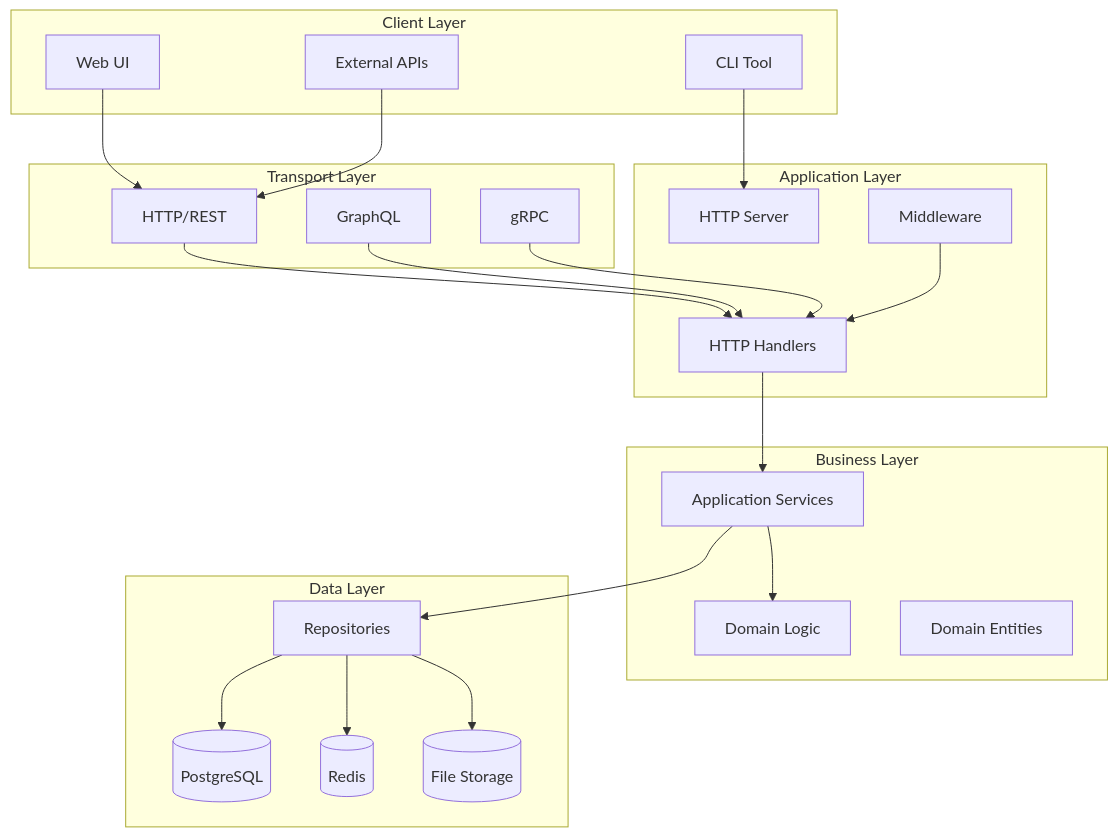
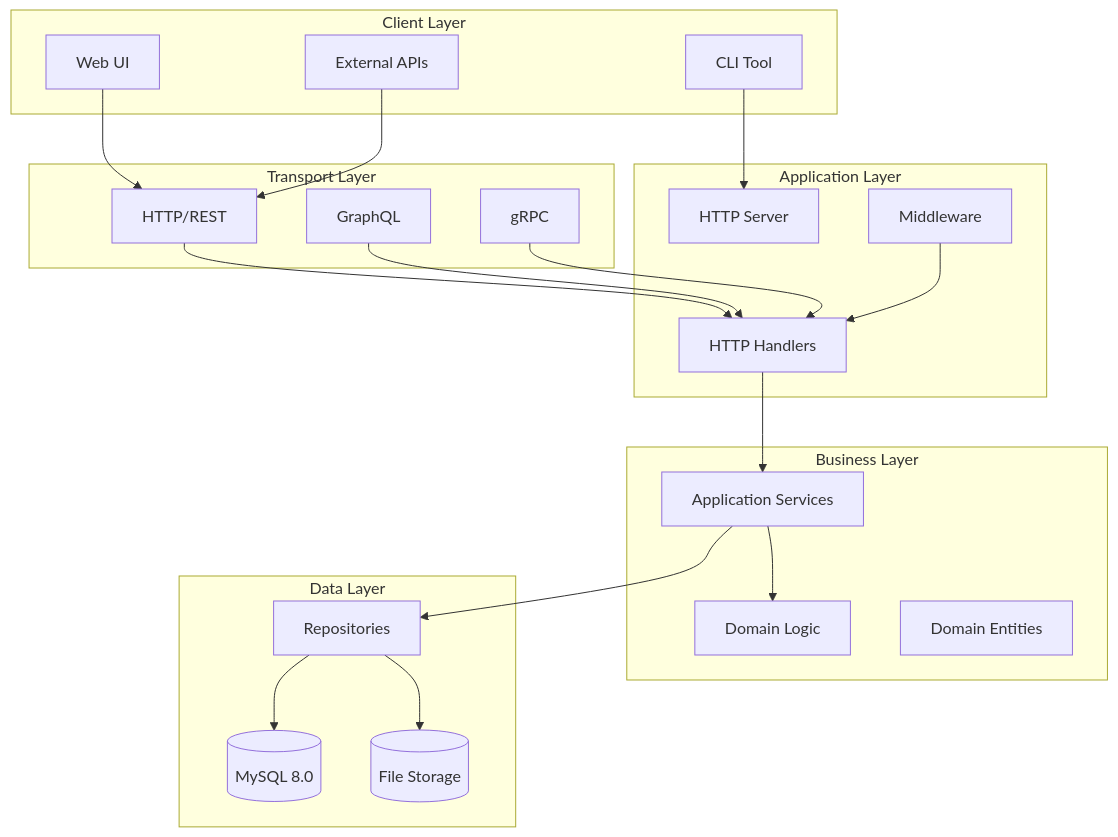
One commit to tecmx/sarc-ng changed the first of 3 diagrams in docs/content/architecture.md. Above: the diagram before and after it, drawn with Mermaid. The commit also changed other lines of this file and 22 other files, not shown here.

````diff
--- a/docs/content/architecture.md
+++ b/docs/content/architecture.md
@@ -15,51 +15,49 @@
 ```mermaid
 graph TB
     subgraph "Client Layer"
         Web[Web UI]
         CLI[CLI Tool]
         API[External APIs]
     end
-    
+
     subgraph "Transport Layer"
         HTTP[HTTP/REST]
         GraphQL[GraphQL]
         gRPC[gRPC]
     end
-    
+
     subgraph "Application Layer"
         Server[HTTP Server]
         Handlers[HTTP Handlers]
         Middleware[Middleware]
     end
-    
+
     subgraph "Business Layer"
         Services[Application Services]
         Domain[Domain Logic]
         Entities[Domain Entities]
     end
-    
+
     subgraph "Data Layer"
         Repositories[Repositories]
-        Database[(PostgreSQL)]
-        Cache[(Redis)]
+        Database[(MySQL 8.0)]
         Files[(File Storage)]
     end
-    
+
     Web --> HTTP
     CLI --> Server
     API --> HTTP
-    
+
     HTTP --> Handlers
     GraphQL --> Handlers
     gRPC --> Handlers
-    
+
     Handlers --> Services
     Middleware --> Handlers
-    
+
     Services --> Domain
     Services --> Repositories
-    
+
     Repositories --> Database
-    Repositories --> Cache
     Repositories --> Files
 ```
````
